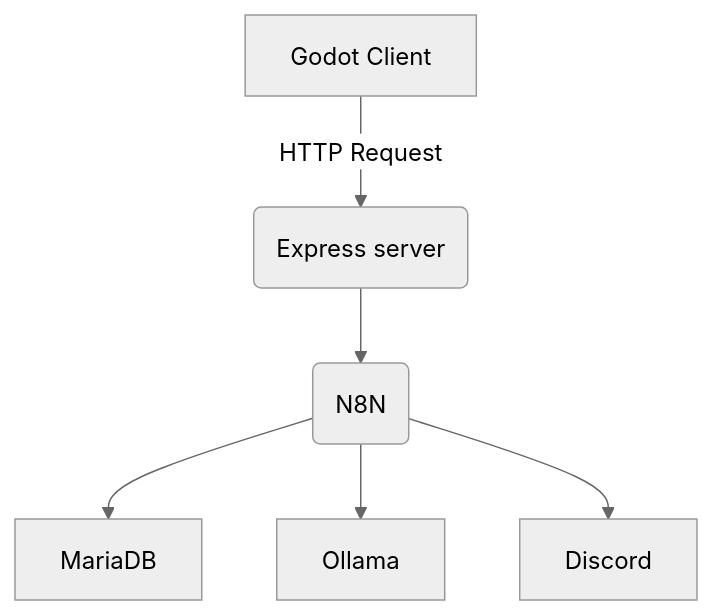
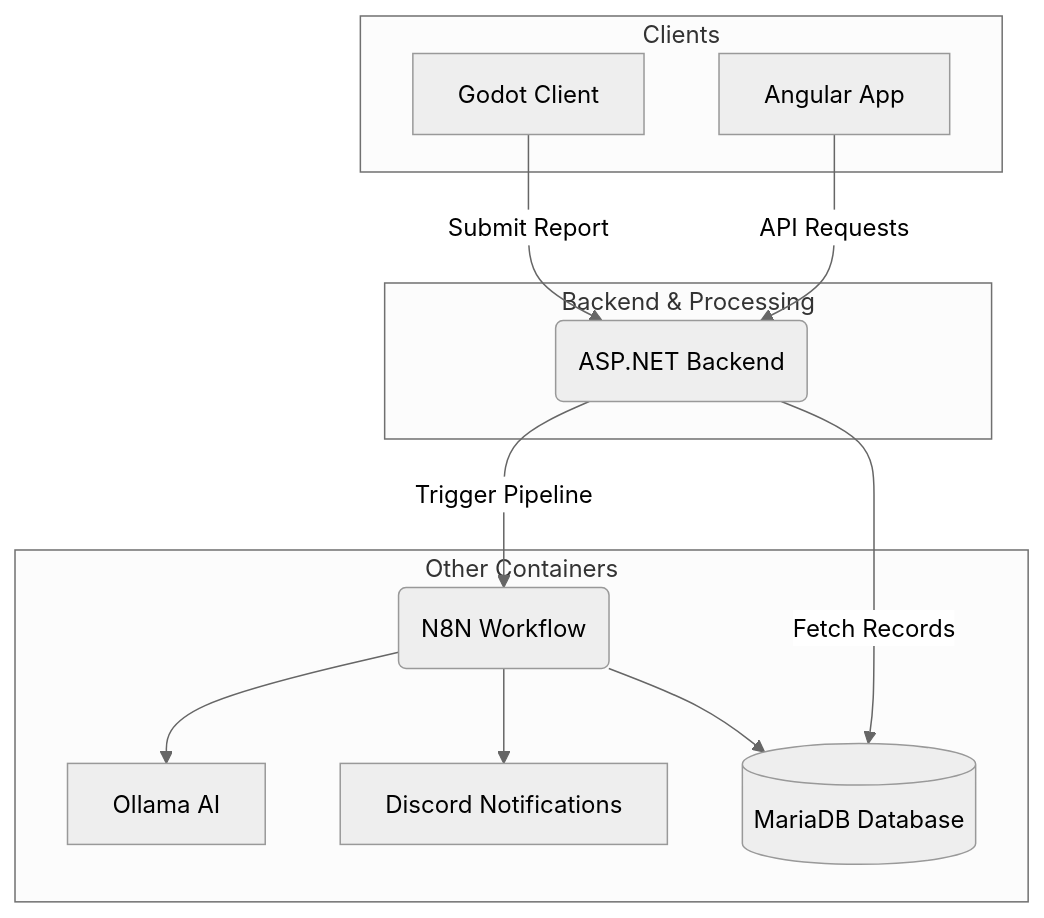
The diagram in src/content/projects/BugReportTool.md (jakenbake97/PortfolioSite), drawn with Mermaid (neutral theme) before and after one commit. The commit also changed other lines of this file and 6 other files, not shown here.

Commit message:
Update Bug Report Tool to use ASP.NET and Angular, improve documentation, and adjust workflow design

````diff
--- a/src/content/projects/BugReportTool.md
+++ b/src/content/projects/BugReportTool.md
@@ -32,8 +38,30 @@
-```mermaid title="Bug Report Architecture" w-400
+```mermaid title="Bug Report Architecture" w-600
 flowchart TD
-    A[Godot Client] -->|HTTP Request| B(Express server)
-    B --> C(N8N)
+    subgraph Clients ["Clients"]
+        A[Godot Client]
+        D[Angular App]
+    end
+
+    subgraph Backend ["Backend & Processing"]
+        B(ASP.NET Backend)
+
+    end
+
+    subgraph Storage_AI ["Other Containers"]
+        C(N8N Workflow)
+        Ollama[Ollama AI]
+        Discord[Discord Notifications]
+        MariaDB[(MariaDB Database)]
+    end
+
+%% Workflow 1: Bug Submission
+    A -->|Submit Report| B
+    B -->|Trigger Pipeline| C
     C --> MariaDB
     C --> Ollama
     C --> Discord
+
+%% Workflow 2: Bug Retrieval & Viewing
+    D -->|API Requests| B
+    B -->|Fetch Records| MariaDB
 ```
````
